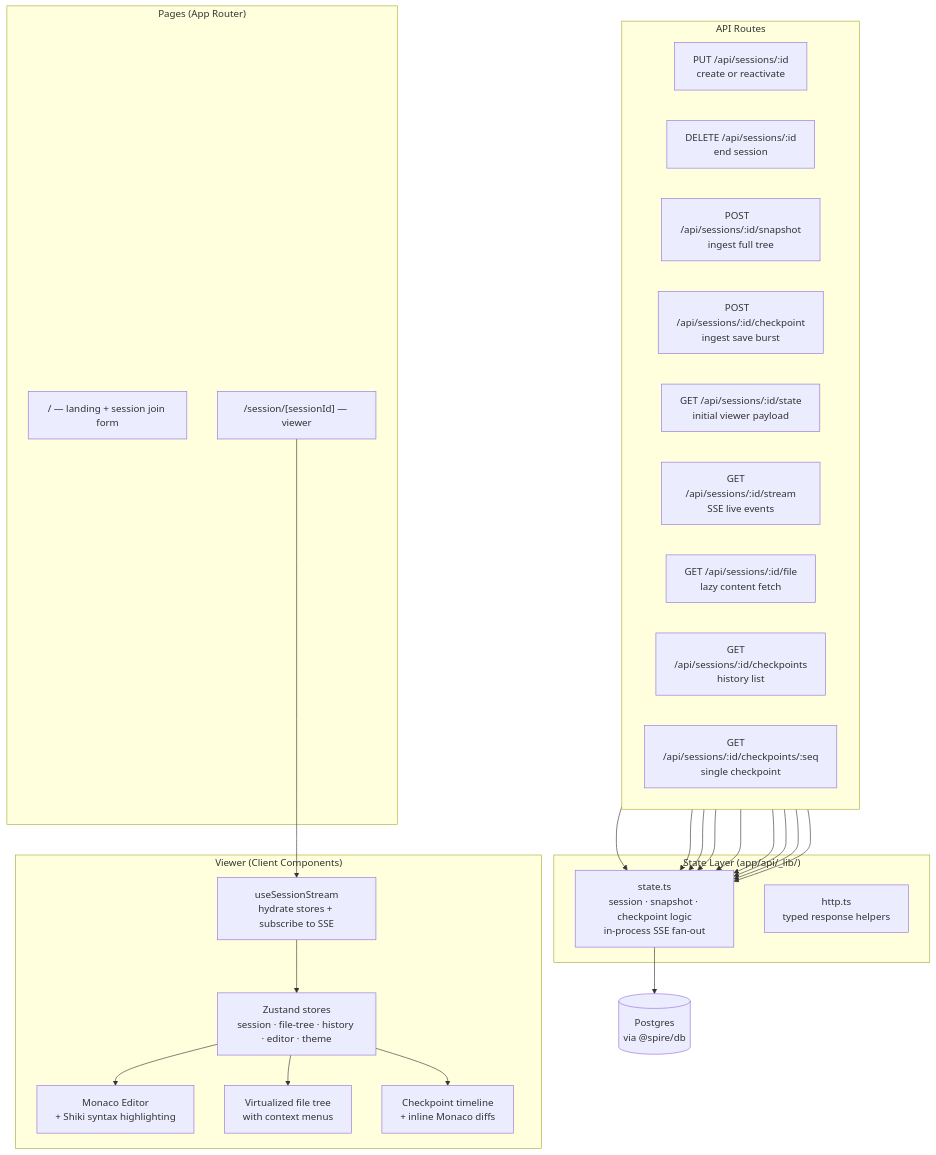
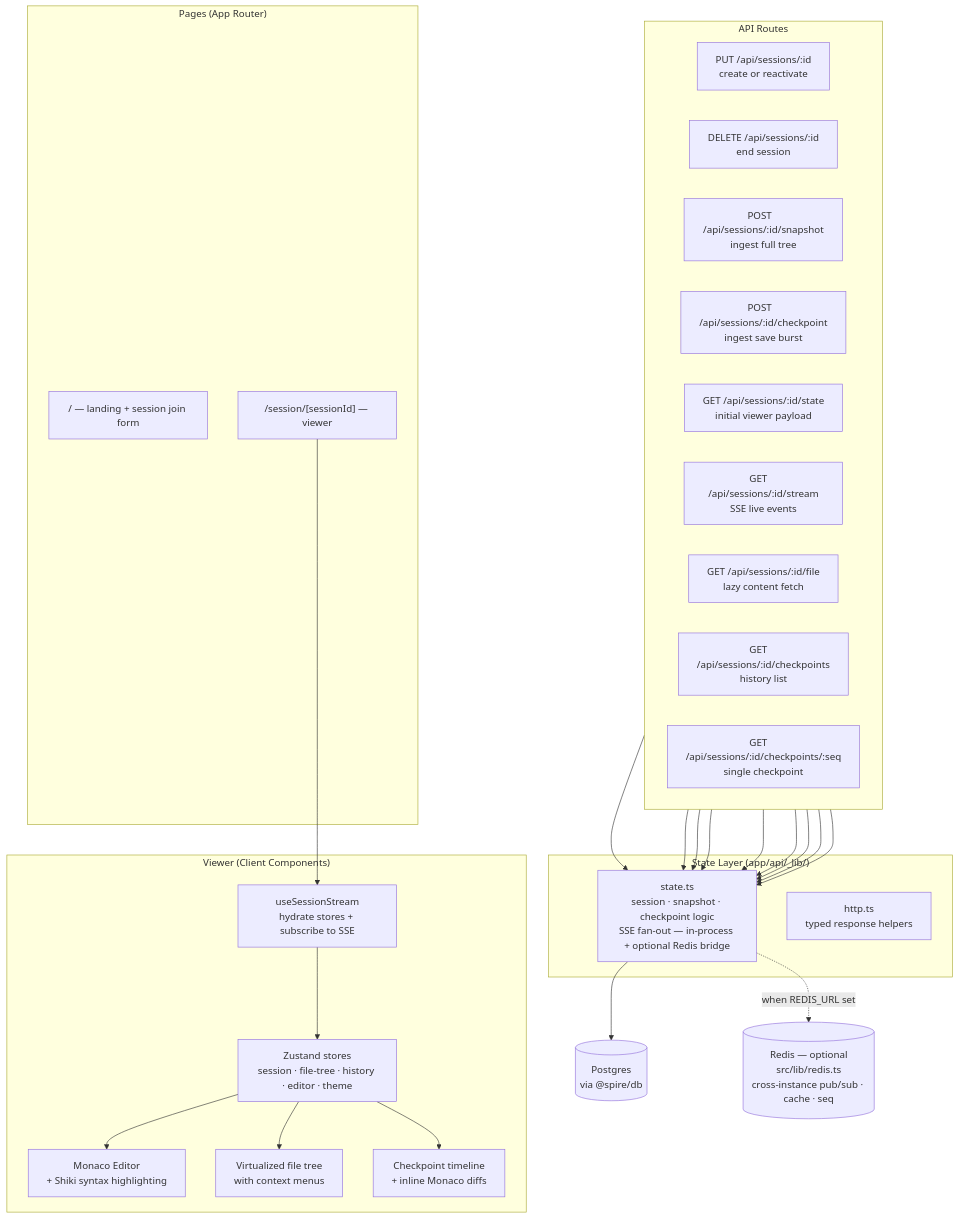
The first of 2 diagrams in apps/web/README.md (ZenshiLabs/spire), drawn with Mermaid before and after one commit. The commit also changed other lines of this file and 1 other file, not shown here.

Commit message:
docs: document optional Redis layer in READMEs

````diff
--- a/apps/web/README.md
+++ b/apps/web/README.md
@@ -7,41 +7,43 @@
 ```mermaid
 flowchart TB
     subgraph pages["Pages (App Router)"]
         HOME["/ — landing + session join form"]
         SESSION["/session/[sessionId] — viewer"]
     end
 
     subgraph api["API Routes"]
         direction LR
         R1["PUT    /api/sessions/:id\ncreate or reactivate"]
         R2["DELETE /api/sessions/:id\nend session"]
         R3["POST   /api/sessions/:id/snapshot\ningest full tree"]
         R4["POST   /api/sessions/:id/checkpoint\ningest save burst"]
         R5["GET    /api/sessions/:id/state\ninitial viewer payload"]
         R6["GET    /api/sessions/:id/stream\nSSE live events"]
         R7["GET    /api/sessions/:id/file\nlazy content fetch"]
         R8["GET    /api/sessions/:id/checkpoints\nhistory list"]
         R9["GET    /api/sessions/:id/checkpoints/:seq\nsingle checkpoint"]
     end
 
     subgraph lib["State Layer (app/api/_lib/)"]
-        STATE_MOD["state.ts\nsession · snapshot · checkpoint logic\nin-process SSE fan-out"]
+        STATE_MOD["state.ts\nsession · snapshot · checkpoint logic\nSSE fan-out — in-process + optional Redis bridge"]
         HTTP_MOD["http.ts\ntyped response helpers"]
     end
 
     subgraph viewer["Viewer (Client Components)"]
         STREAM["useSessionStream\nhydrate stores + subscribe to SSE"]
         STORES["Zustand stores\nsession · file-tree · history · editor · theme"]
         MONACO["Monaco Editor\n+ Shiki syntax highlighting"]
         TREE["Virtualized file tree\nwith context menus"]
         TIMELINE["Checkpoint timeline\n+ inline Monaco diffs"]
     end
 
     DB[(Postgres\nvia @spire/db)]
+    REDIS[(Redis — optional\nsrc/lib/redis.ts\ncross-instance pub/sub · cache · seq)]
 
     R1 & R2 & R3 & R4 & R5 & R6 & R7 & R8 & R9 --> STATE_MOD
     STATE_MOD --> DB
+    STATE_MOD -.->|when REDIS_URL set| REDIS
     SESSION --> STREAM
     STREAM --> STORES
     STORES --> MONACO & TREE & TIMELINE
 ```
````
